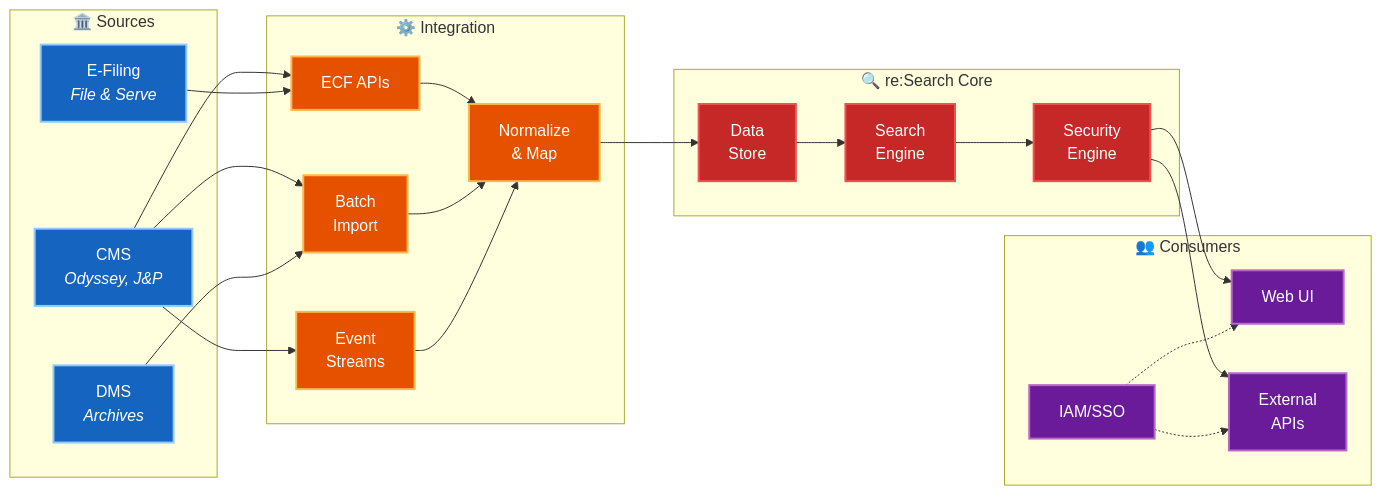
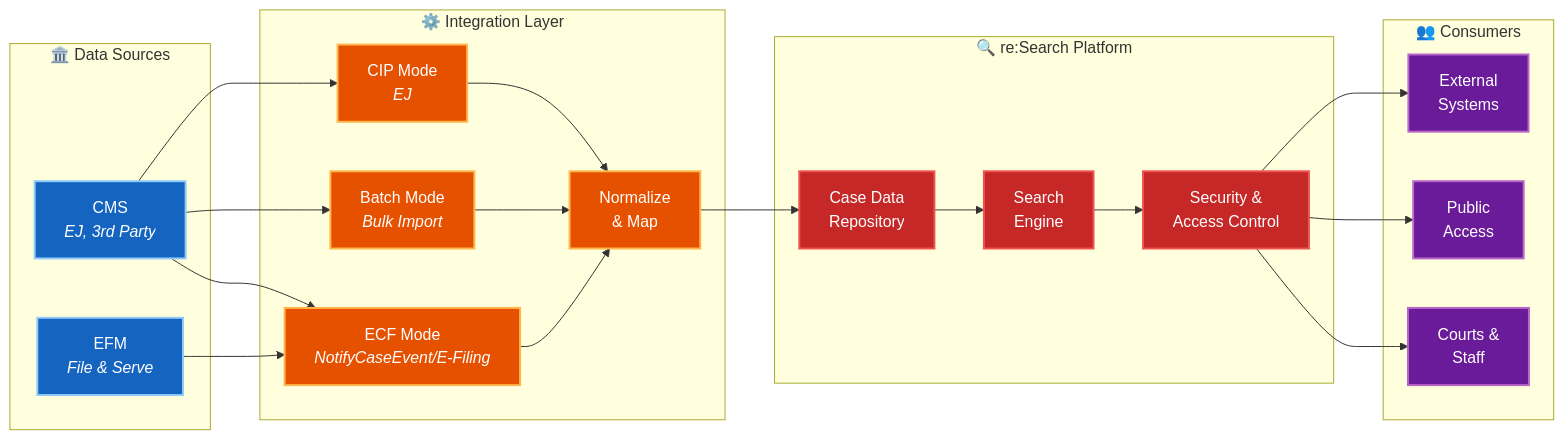
The diagram in README.md (bbeltran112-sketch/re-Search-Documentation-Repo), drawn with Mermaid before and after one commit. The commit also changed other lines of this file and 103 other files, not shown here.

````diff
--- a/README.md
+++ b/README.md
@@ -61,56 +109,53 @@
 ```mermaid
 graph LR
-    subgraph source["🏛️ Sources"]
-        CMS["CMS<br/><i>Odyssey, J&P</i>"]
-        EFM["E-Filing<br/><i>File & Serve</i>"]
-        DMS["DMS<br/><i>Archives</i>"]
+    subgraph source["🏛️ Data Sources"]
+        CMS["CMS<br/><i>EJ, 3rd Party</i>"]
+        EFM["EFM<br/><i>File & Serve</i>"]
     end
     
-    subgraph integration["⚙️ Integration"]
-        ECF["ECF APIs"]
-        BATCH["Batch<br/>Import"]
-        EVENTS["Event<br/>Streams"]
+    subgraph integration["⚙️ Integration Layer"]
+        ECF["ECF Mode<br/><i>NotifyCaseEvent/E-Filing</i>"]
+        BATCH["Batch Mode<br/><i>Bulk Import</i>"]
+        CIP["CIP Mode<br/><i>EJ</i>"]
         MAP["Normalize<br/>& Map"]
     end
     
-    subgraph core["🔍 re:Search Core"]
-        STORE["Data<br/>Store"]
+    subgraph core["🔍 re:Search Platform"]
+        STORE["Case Data<br/>Repository"]
         INDEX["Search<br/>Engine"]
-        SECURITY["Security<br/>Engine"]
+        SECURITY["Security &<br/>Access Control"]
     end
     
     subgraph presentation["👥 Consumers"]
-        UI["Web UI"]
-        API["External<br/>APIs"]
-        IAM["IAM/SSO"]
+        COURTS["Courts &<br/>Staff"]
+        PUBLIC["Public<br/>Access"]
+        SYSTEMS["External<br/>Systems"]
     end
     
     CMS --> ECF
     CMS --> BATCH
-    CMS --> EVENTS
+    CMS --> CIP
     EFM --> ECF
-    DMS --> BATCH
     
     ECF --> MAP
     BATCH --> MAP
-    EVENTS --> MAP
+    CIP --> MAP
     
     MAP --> STORE
     STORE --> INDEX
     INDEX --> SECURITY
-    SECURITY --> UI
-    SECURITY --> API
     
-    IAM -.-> UI
-    IAM -.-> API
+    SECURITY --> COURTS
+    SECURITY --> PUBLIC
+    SECURITY --> SYSTEMS
     
     classDef sourceStyle fill:#1565c0,stroke:#90caf9,stroke-width:2px,color:#fff
     classDef integrationStyle fill:#e65100,stroke:#ffb74d,stroke-width:2px,color:#fff
     classDef coreStyle fill:#c62828,stroke:#ef5350,stroke-width:2px,color:#fff
     classDef presentationStyle fill:#6a1b9a,stroke:#ba68c8,stroke-width:2px,color:#fff
     
-    class CMS,EFM,DMS sourceStyle
-    class ECF,BATCH,EVENTS,MAP integrationStyle
+    class CMS,EFM sourceStyle
+    class ECF,BATCH,CIP,MAP integrationStyle
     class STORE,INDEX,SECURITY coreStyle
-    class UI,API,IAM presentationStyle
+    class COURTS,PUBLIC,SYSTEMS presentationStyle
 ```
````
